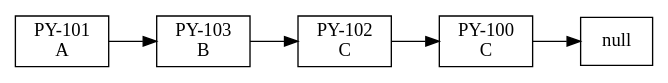
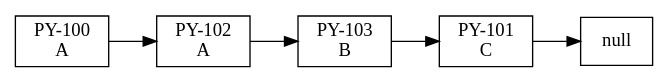
The diagram in EDD_PY1_Fase1/Reportes/Cola.dot (Sheila-Amaya/EDD_2S2023_PY_202000558), drawn with Graphviz before and after one commit. The commit also changed 26 other files, not shown here.

```diff
--- a/EDD_PY1_Fase1/Reportes/Cola.dot
+++ b/EDD_PY1_Fase1/Reportes/Cola.dot
@@ -1,13 +1,13 @@
 digraph cola {
  rankdir=LR;
  node[shape = record]; 
-nodo0[label="{PY-101 \n A}"]; 
-nodo1[label="{PY-103 \n B}"]; 
-nodo2[label="{PY-102 \n C}"]; 
-nodo3[label="{PY-100 \n C}"]; 
+nodo0[label="{PY-100 \n A}"]; 
+nodo1[label="{PY-102 \n A}"]; 
+nodo2[label="{PY-103 \n B}"]; 
+nodo3[label="{PY-101 \n C}"]; 
 nodo0 -> nodo1
 nodo1 -> nodo2
 nodo2 -> nodo3
 
 nodo3 -> null 
 }
```
